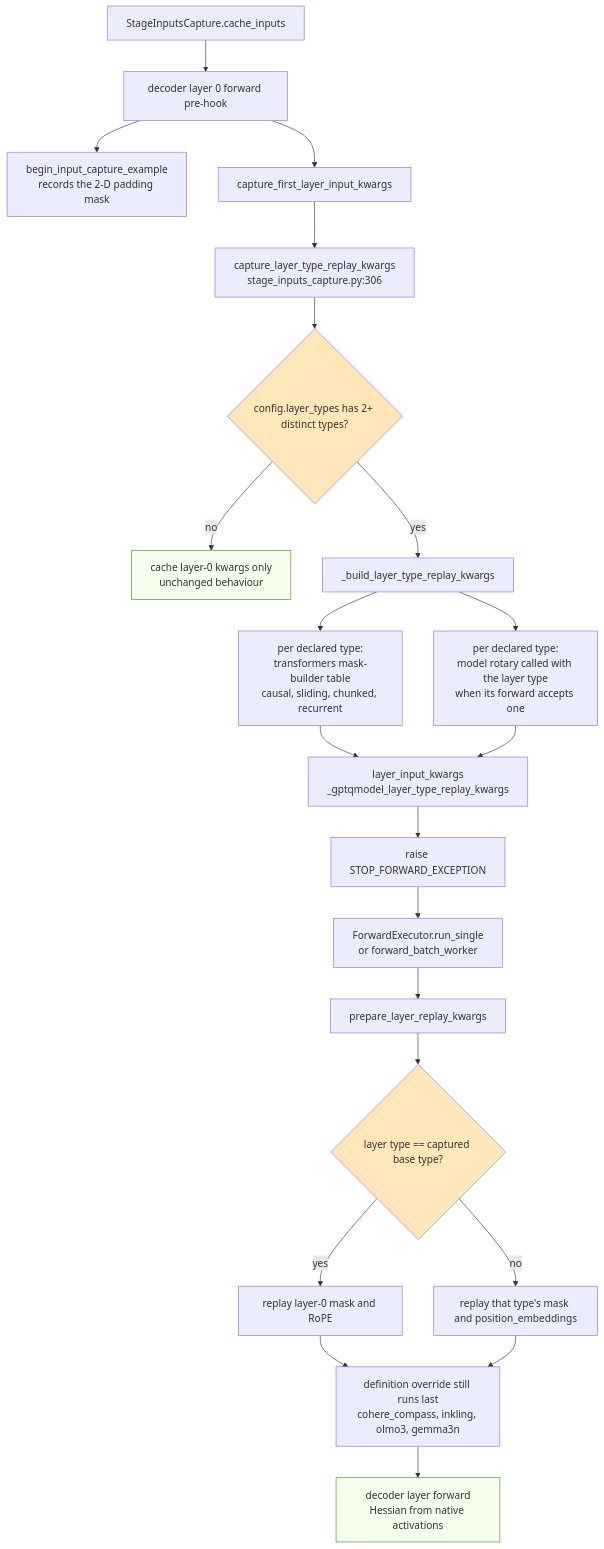
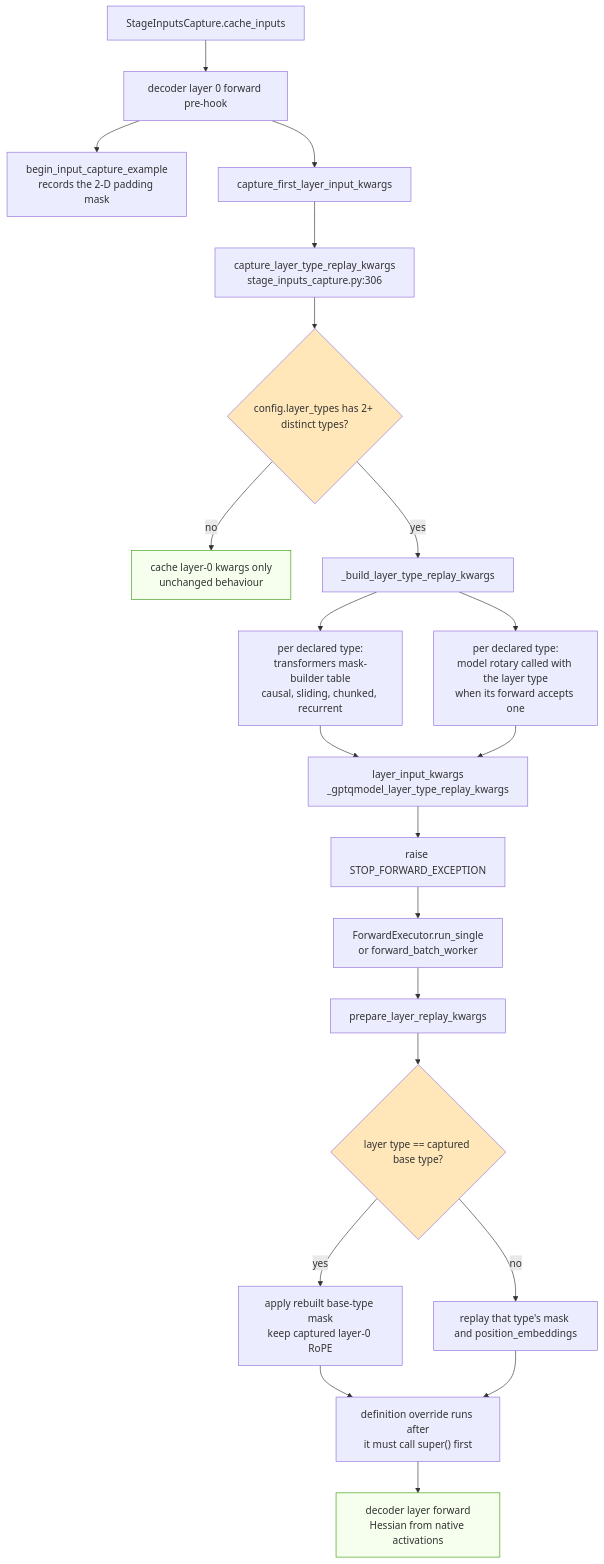
One commit to ModelCloud/GPTQModel changed the second of 2 diagrams in docs/calibration-replay.md. Above: the diagram before and after it, drawn with Mermaid. The commit also changed other lines of this file and 13 other files, not shown here.

Commit message:
fix(calibration): replay base-type masks, honor super() overrides, type AWQ rotary (#4038)

````diff
--- a/docs/calibration-replay.md
+++ b/docs/calibration-replay.md
@@ -66,27 +69,27 @@
 ```mermaid
 flowchart TD
     A["StageInputsCapture.cache_inputs"] --> B["decoder layer 0 forward pre-hook"]
     B --> C["begin_input_capture_example<br/>records the 2-D padding mask"]
     B --> D["capture_first_layer_input_kwargs"]
     D --> D2["capture_layer_type_replay_kwargs<br/>stage_inputs_capture.py:306"]
     D2 --> E{"config.layer_types has 2+ distinct types?"}
     E -- no --> F["cache layer-0 kwargs only<br/>unchanged behaviour"]
     E -- yes --> G["_build_layer_type_replay_kwargs"]
     G --> H["per declared type:<br/>transformers mask-builder table<br/>causal, sliding, chunked, recurrent"]
     G --> I["per declared type:<br/>model rotary called with the layer type<br/>when its forward accepts one"]
     H --> J["layer_input_kwargs<br/>_gptqmodel_layer_type_replay_kwargs"]
     I --> J
     J --> K["raise STOP_FORWARD_EXCEPTION"]
     K --> L["ForwardExecutor.run_single<br/>or forward_batch_worker"]
     L --> M["prepare_layer_replay_kwargs"]
     M --> N{"layer type == captured base type?"}
-    N -- yes --> O["replay layer-0 mask and RoPE"]
+    N -- yes --> O["apply rebuilt base-type mask<br/>keep captured layer-0 RoPE"]
     N -- no --> P["replay that type's mask and position_embeddings"]
-    O --> Q["definition override still runs last<br/>cohere_compass, inkling, olmo3, gemma3n"]
+    O --> Q["definition override runs after<br/>it must call super() first"]
     P --> Q
     Q --> R["decoder layer forward<br/>Hessian from native activations"]
     style E fill:#ffe7ba
     style N fill:#ffe7ba
     style F fill:#f6ffed,stroke:#389e0d
     style R fill:#f6ffed,stroke:#389e0d
 ```
````
